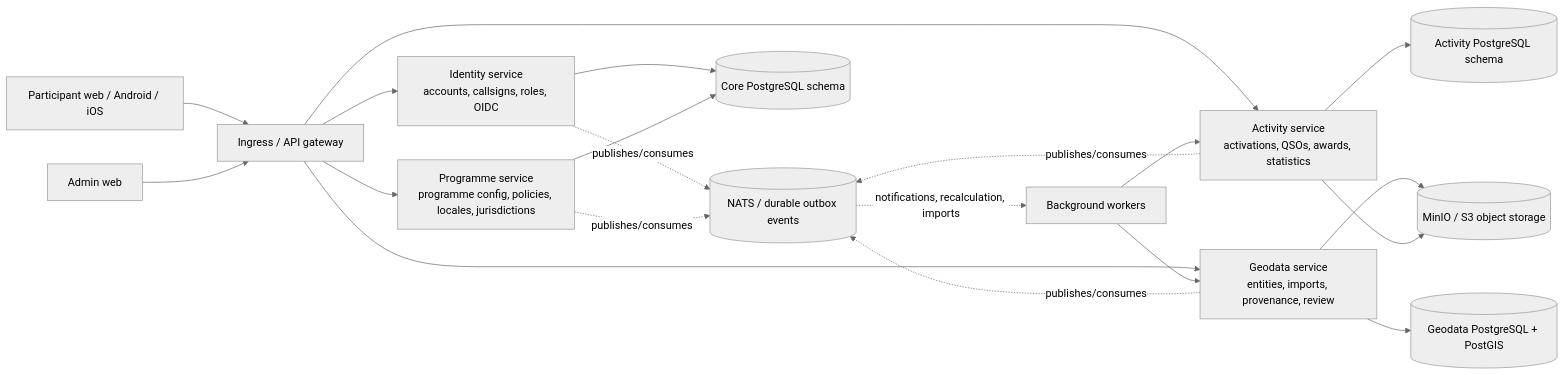
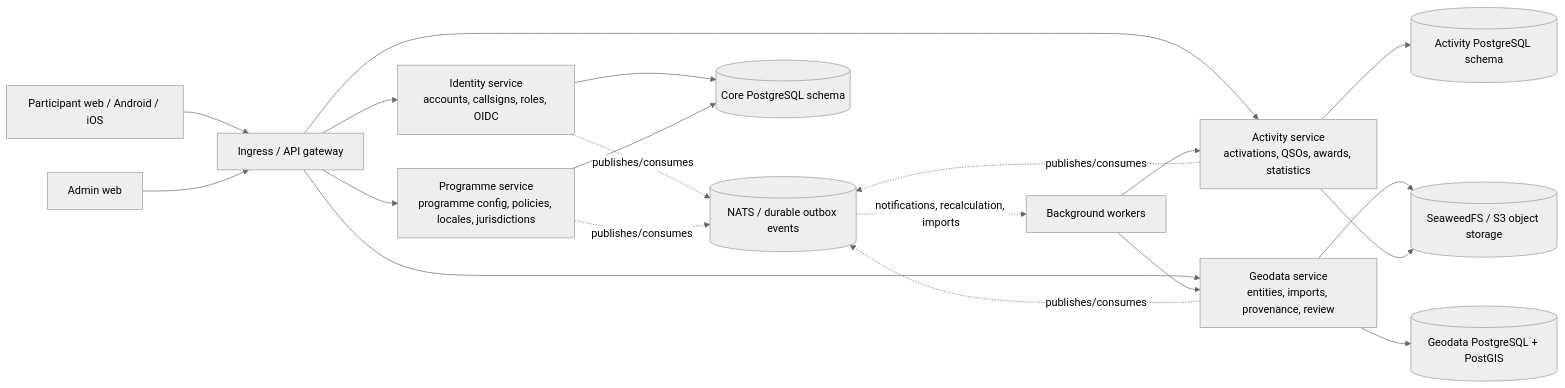
The first of 2 diagrams in docs/diagrams/service-boundaries.md (myota-platform/myota-docs), drawn with Mermaid (neutral theme) before and after one commit. The commit also changed 6 other files, not shown here.

First line of the commit message:
Adopt SeaweedFS for self-hosted object storage

````diff
--- a/docs/diagrams/service-boundaries.md
+++ b/docs/diagrams/service-boundaries.md
@@ -8,33 +8,33 @@
 ```mermaid
 flowchart LR
   Participant[Participant web / Android / iOS]
   Admin[Admin web]
   Gateway[Ingress / API gateway]
   Events[(NATS / durable outbox events)]
   Core[(Core PostgreSQL schema)]
   GeoDB[(Geodata PostgreSQL + PostGIS)]
   ActivityDB[(Activity PostgreSQL schema)]
-  Objects[(MinIO / S3 object storage)]
+  Objects[(SeaweedFS / S3 object storage)]
 
   Participant --> Gateway
   Admin --> Gateway
   Gateway --> Identity[Identity service\naccounts, callsigns, roles, OIDC]
   Gateway --> Programme[Programme service\nprogramme config, policies, locales, jurisdictions]
   Gateway --> Geodata[Geodata service\nentities, imports, provenance, review]
   Gateway --> Activity[Activity service\nactivations, QSOs, awards, statistics]
 
   Identity --> Core
   Programme --> Core
   Geodata --> GeoDB
   Activity --> ActivityDB
   Geodata --> Objects
   Activity --> Objects
 
   Identity -. publishes/consumes .-> Events
   Programme -. publishes/consumes .-> Events
   Geodata -. publishes/consumes .-> Events
   Activity -. publishes/consumes .-> Events
   Events -. notifications, recalculation, imports .-> Workers[Background workers]
   Workers --> Activity
   Workers --> Geodata
 ```
````
